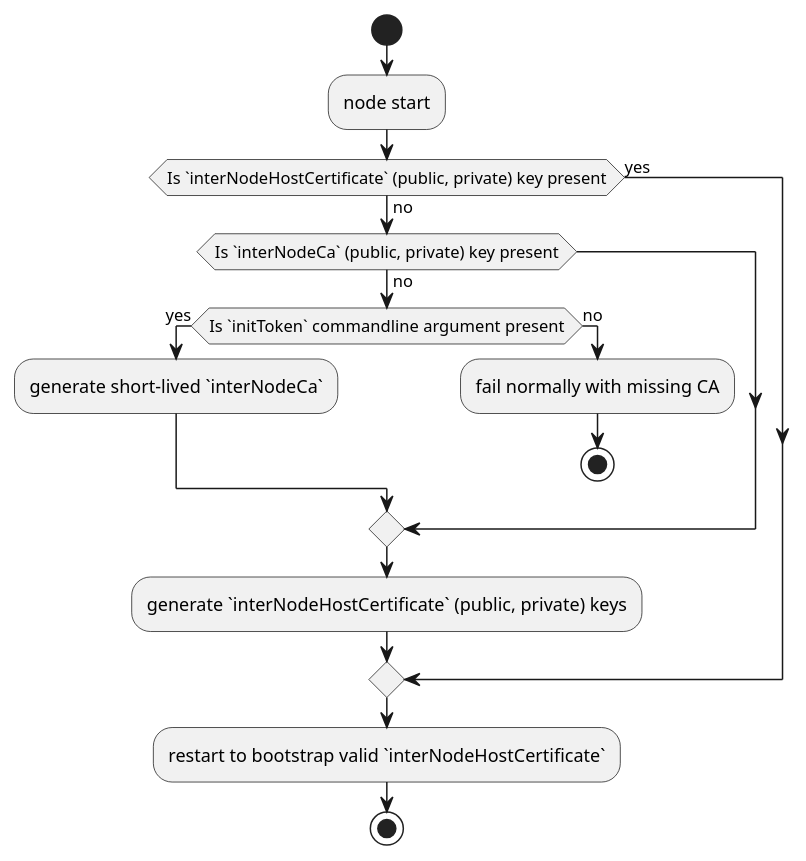
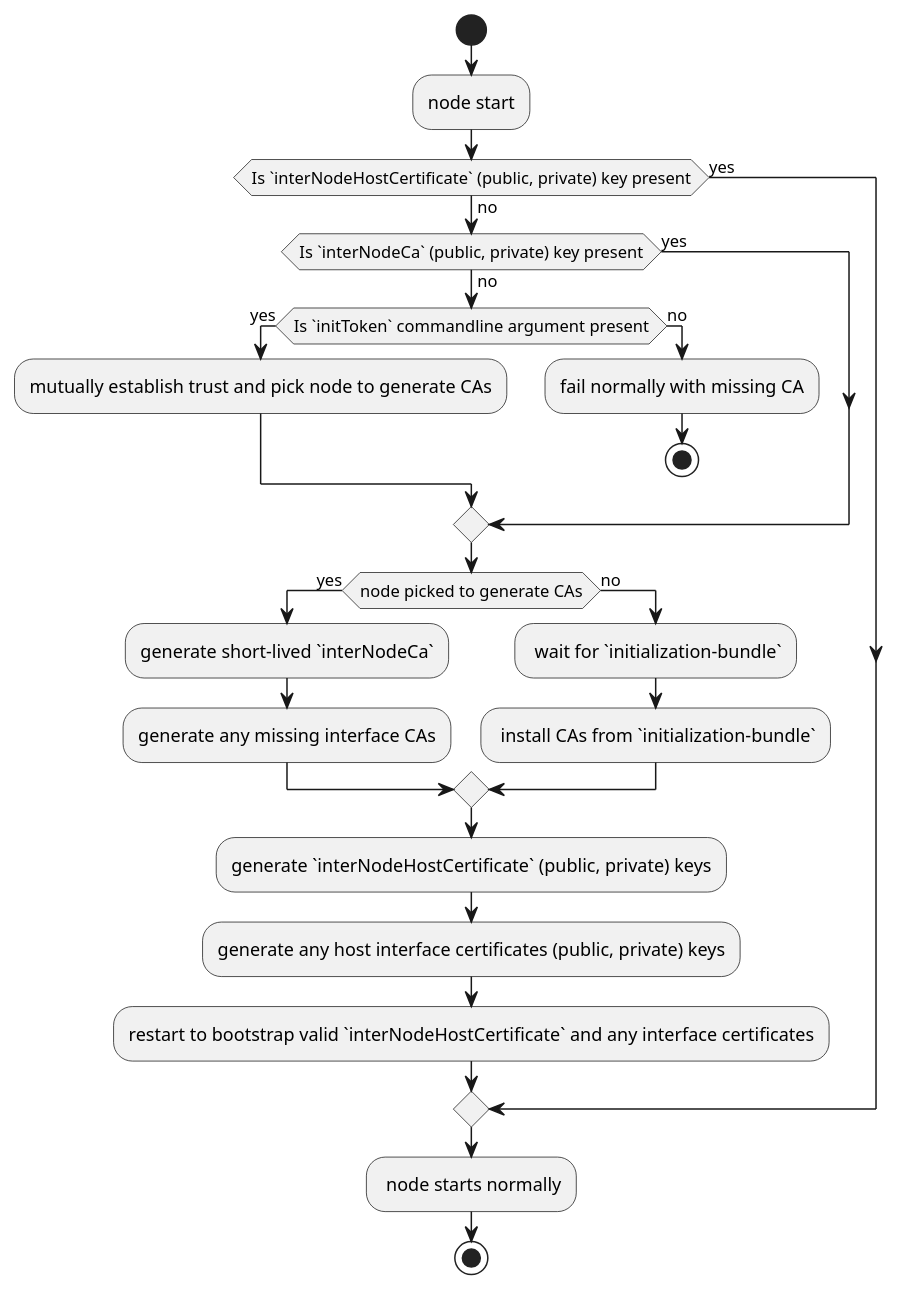
Before and after one commit to cockroachdb/cockroach: the first of 2 diagrams in docs/RFCS/20200722_certificate_free_secure_setup.md, drawn with PlantUML. The commit also changed other lines of this file, not shown here.

```diff
--- a/docs/RFCS/20200722_certificate_free_secure_setup.md
+++ b/docs/RFCS/20200722_certificate_free_secure_setup.md
@@ -137,18 +133,28 @@
 @startuml
 start
 :node start;
 if (Is `interNodeHostCertificate` (public, private) key present) then (yes)
 else (no)
   if (Is `interNodeCa` (public, private) key present) then (no)
     if (Is `initToken` commandline argument present) then (yes)
-      :generate short-lived `interNodeCa`;
+      :mutually establish trust and pick node to generate CAs;
     else (no)
     :fail normally with missing CA;
     stop
     endif
+  else (yes)
   endif
-  :generate `interNodeHostCertificate` (public, private) keys;
+  if (node picked to generate CAs) then (yes)
+  :generate short-lived `interNodeCa`;
+  :generate any missing interface CAs;
+  else (no)
+  : wait for `initialization-bundle`;
+  : install CAs from `initialization-bundle`;
 endif
-:restart to bootstrap valid `interNodeHostCertificate`;
+:generate `interNodeHostCertificate` (public, private) keys;
+:generate any host interface certificates (public, private) keys;
+:restart to bootstrap valid `interNodeHostCertificate` and any interface certificates;
+endif
+: node starts normally;
 stop
 @enduml
```
